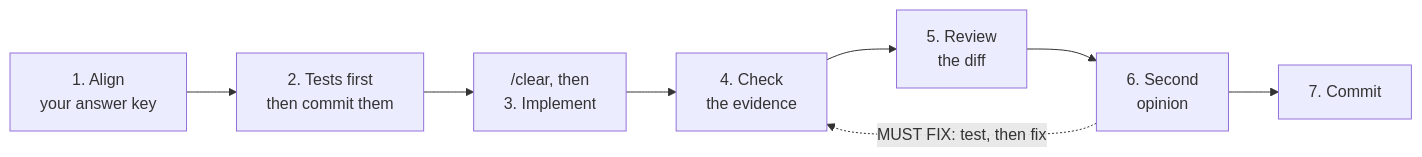
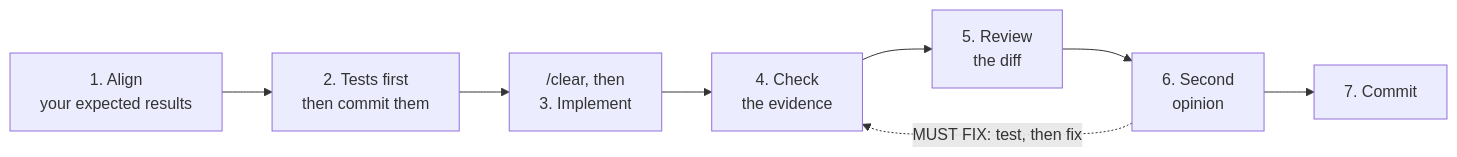
One commit to domroselli/showtix changed the diagram in docs/diagrams/5-workflow-compact.mmd. Above: the diagram before and after it, drawn with Mermaid. The commit also changed 27 other files, not shown here.

```diff
--- a/docs/diagrams/5-workflow-compact.mmd
+++ b/docs/diagrams/5-workflow-compact.mmd
@@ -1,8 +1,8 @@
 flowchart LR
-  S1["1. Align<br/>your answer key"] --> S2["2. Tests first<br/>then commit them"]
+  S1["1. Align<br/>your expected results"] --> S2["2. Tests first<br/>then commit them"]
   S2 --> S3["/clear, then<br/>3. Implement"]
   S3 --> S4["4. Check<br/>the evidence"]
   S4 --> S5["5. Review<br/>the diff"]
   S5 --> S6["6. Second<br/>opinion"]
   S6 --> S7["7. Commit"]
   S6 -. "MUST FIX: test, then fix" .-> S4
```
